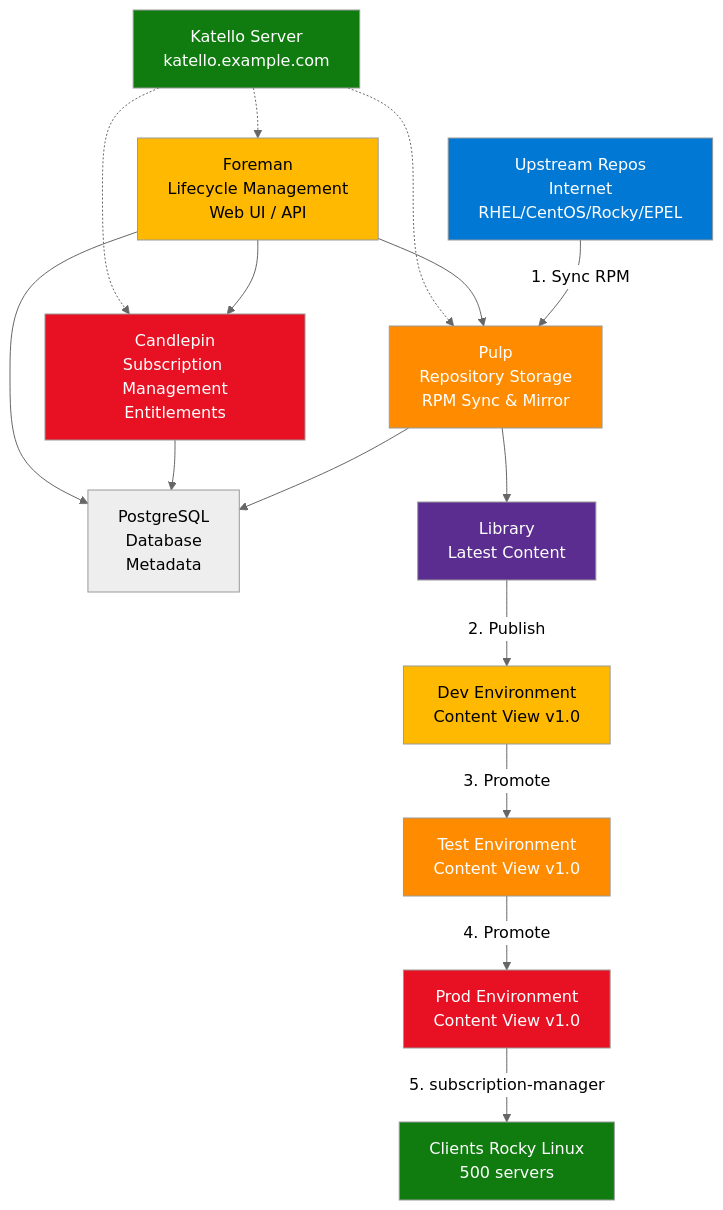
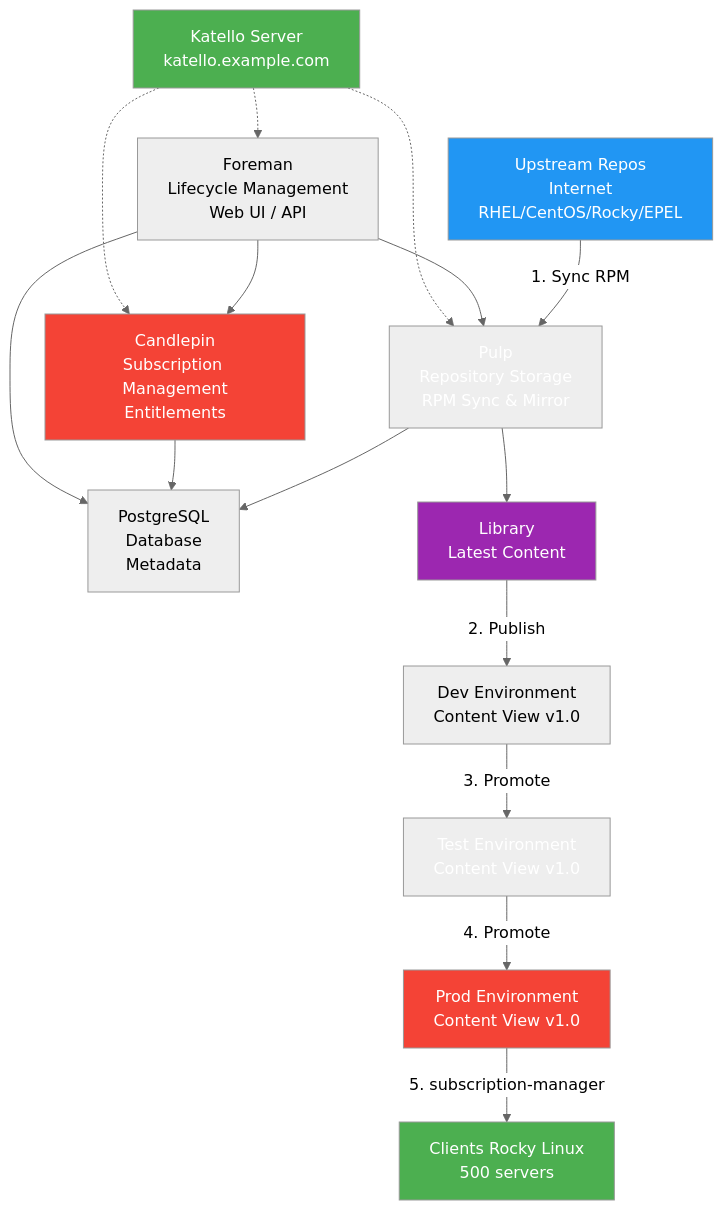
The diagram in docs/formations/katello/01-module.md (VBlackJack/ShellBook), drawn with Mermaid (neutral theme) before and after one commit. The commit also changed other lines of this file and 337 other files, not shown here.

First line of the commit message:
refactor(docs): Standardize code blocks and Mermaid colors

````diff
--- a/docs/formations/katello/01-module.md
+++ b/docs/formations/katello/01-module.md
@@ -56,47 +56,47 @@
 ```mermaid
 flowchart TB
     UPSTREAM[Upstream Repos<br/>Internet<br/>RHEL/CentOS/Rocky/EPEL]
 
     KATELLO[Katello Server<br/>katello.example.com]
 
     FOREMAN[Foreman<br/>Lifecycle Management<br/>Web UI / API]
     PULP[Pulp<br/>Repository Storage<br/>RPM Sync & Mirror]
     CANDLEPIN[Candlepin<br/>Subscription Management<br/>Entitlements]
     POSTGRES[PostgreSQL<br/>Database<br/>Metadata]
 
     LIBRARY[Library<br/>Latest Content]
     DEV[Dev Environment<br/>Content View v1.0]
     TEST[Test Environment<br/>Content View v1.0]
     PROD[Prod Environment<br/>Content View v1.0]
 
     CLIENTS[Clients Rocky Linux<br/>500 servers]
 
     UPSTREAM -->|1. Sync RPM| PULP
     PULP --> POSTGRES
     CANDLEPIN --> POSTGRES
     FOREMAN --> PULP
     FOREMAN --> CANDLEPIN
     FOREMAN --> POSTGRES
 
     PULP --> LIBRARY
     LIBRARY -->|2. Publish| DEV
     DEV -->|3. Promote| TEST
     TEST -->|4. Promote| PROD
 
     PROD -->|5. subscription-manager| CLIENTS
 
     KATELLO -.-> FOREMAN
     KATELLO -.-> PULP
     KATELLO -.-> CANDLEPIN
 
-    style UPSTREAM fill:#0078D4,color:#fff
-    style KATELLO fill:#107C10,color:#fff
-    style FOREMAN fill:#FFB900,color:#000
-    style PULP fill:#FF8C00,color:#fff
-    style CANDLEPIN fill:#E81123,color:#fff
-    style LIBRARY fill:#5C2D91,color:#fff
-    style DEV fill:#FFB900,color:#000
-    style TEST fill:#FF8C00,color:#fff
-    style PROD fill:#E81123,color:#fff
-    style CLIENTS fill:#107C10,color:#fff
+    style UPSTREAM fill:#2196F3,color:#fff
+    style KATELLO fill:#4CAF50,color:#fff
+    style FOREMAN fill:#FF9800800800,color:#000
+    style PULP fill:#FF9800800800,color:#fff
+    style CANDLEPIN fill:#f44336,color:#fff
+    style LIBRARY fill:#9C27B0,color:#fff
+    style DEV fill:#FF9800800800,color:#000
+    style TEST fill:#FF9800800800,color:#fff
+    style PROD fill:#f44336,color:#fff
+    style CLIENTS fill:#4CAF50,color:#fff
 ```
````
